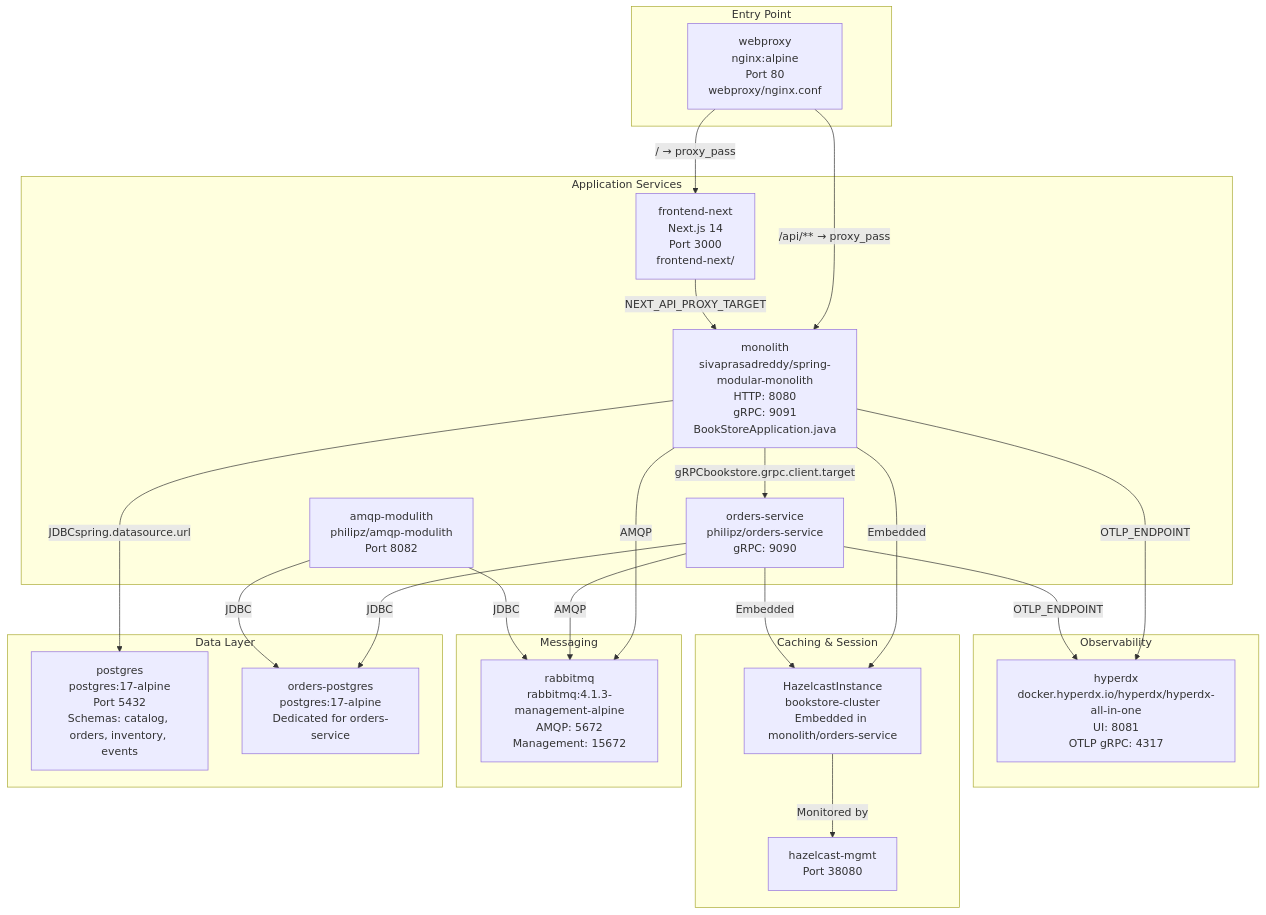
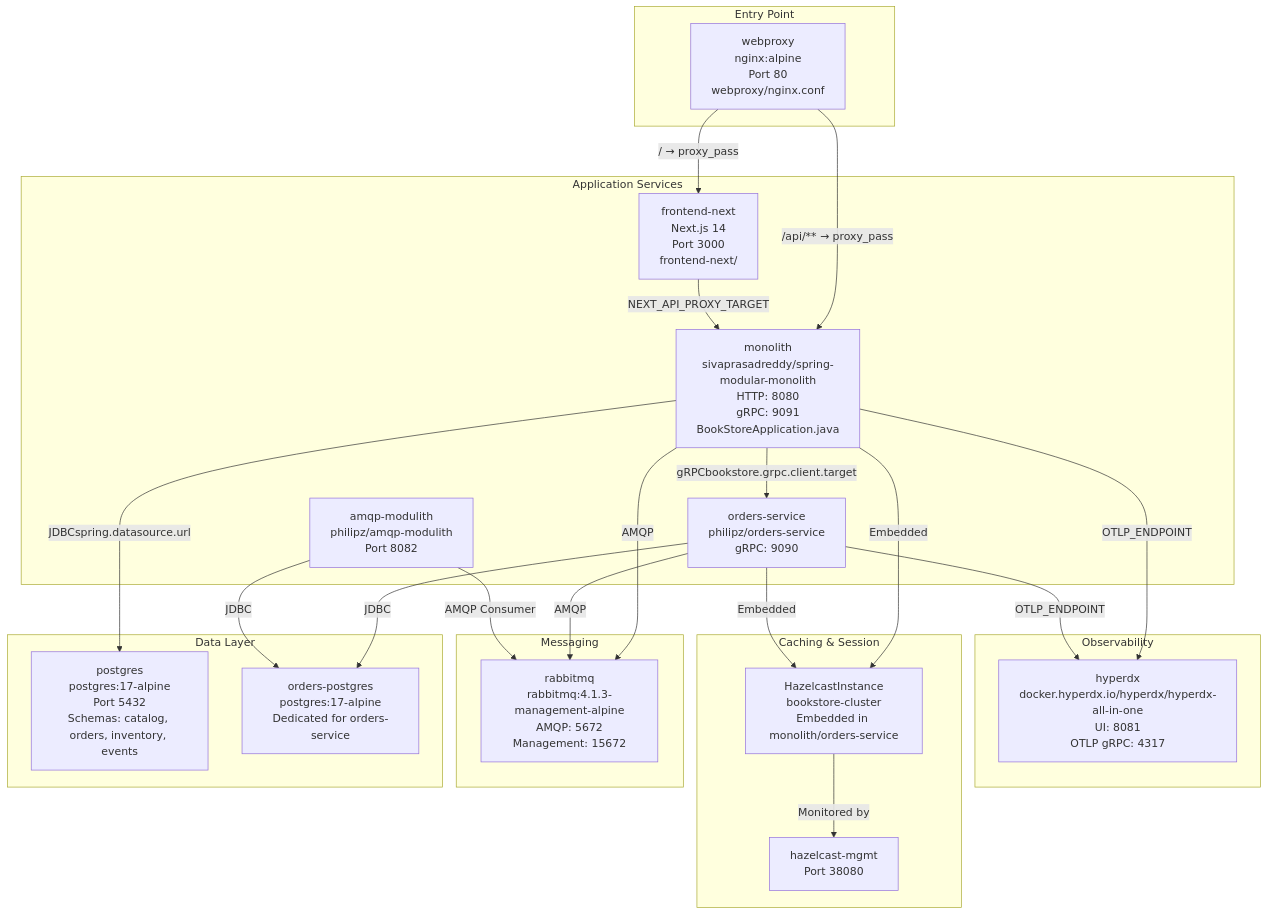
One commit to philipz/spring-modular-monolith changed the second of 5 diagrams in docs/deepwiki/Overview.md. Above: the diagram before and after it, drawn with Mermaid. The commit also changed other lines of this file and 32 other files, not shown here.

````diff
--- a/docs/deepwiki/Overview.md
+++ b/docs/deepwiki/Overview.md
@@ -132,60 +132,60 @@
 ```mermaid
 flowchart TD
 
 webproxy["webproxy<br>nginx:alpine<br>Port 80<br>webproxy/nginx.conf"]
 monolith["monolith<br>sivaprasadreddy/spring-modular-monolith<br>HTTP: 8080<br>gRPC: 9091<br>BookStoreApplication.java"]
 ordersService["orders-service<br>philipz/orders-service<br>gRPC: 9090"]
 frontend["frontend-next<br>Next.js 14<br>Port 3000<br>frontend-next/"]
 amqp["amqp-modulith<br>philipz/amqp-modulith<br>Port 8082"]
 postgres["postgres<br>postgres:17-alpine<br>Port 5432<br>Schemas: catalog, orders, inventory, events"]
 ordersPostgres["orders-postgres<br>postgres:17-alpine<br>Dedicated for orders-service"]
 rabbitmq["rabbitmq<br>rabbitmq:4.1.3-management-alpine<br>AMQP: 5672<br>Management: 15672"]
 hazelcast["HazelcastInstance<br>bookstore-cluster<br>Embedded in monolith/orders-service"]
 hazelcastMgmt["hazelcast-mgmt<br>Port 38080"]
 hyperdx["hyperdx<br>docker.hyperdx.io/hyperdx/hyperdx-all-in-one<br>UI: 8081<br>OTLP gRPC: 4317"]
 
 webproxy -->|"/ → proxy_pass"| frontend
 webproxy -->|"/api/** → proxy_pass"| monolith
 monolith -->|"JDBCspring.datasource.url"| postgres
 monolith -->|"AMQP"| rabbitmq
 monolith -->|"OTLP_ENDPOINT"| hyperdx
 monolith -->|"Embedded"| hazelcast
 ordersService -->|"JDBC"| ordersPostgres
 ordersService -->|"AMQP"| rabbitmq
 ordersService -->|"OTLP_ENDPOINT"| hyperdx
 ordersService -->|"Embedded"| hazelcast
-amqp -->|"JDBC"| rabbitmq
+amqp -->|"AMQP Consumer"| rabbitmq
 amqp -->|"JDBC"| ordersPostgres
 
 subgraph Observability ["Observability"]
     hyperdx
 end
 
 subgraph subGraph4 ["Caching & Session"]
     hazelcast
     hazelcastMgmt
     hazelcast -->|"Monitored by"| hazelcastMgmt
 end
 
 subgraph Messaging ["Messaging"]
     rabbitmq
 end
 
 subgraph subGraph2 ["Data Layer"]
     postgres
     ordersPostgres
 end
 
 subgraph subGraph1 ["Application Services"]
     monolith
     ordersService
     frontend
     amqp
     frontend -->|"NEXT_API_PROXY_TARGET"| monolith
     monolith -->|"gRPCbookstore.grpc.client.target"| ordersService
 end
 
 subgraph subGraph0 ["Entry Point"]
     webproxy
 end
 ```
````
